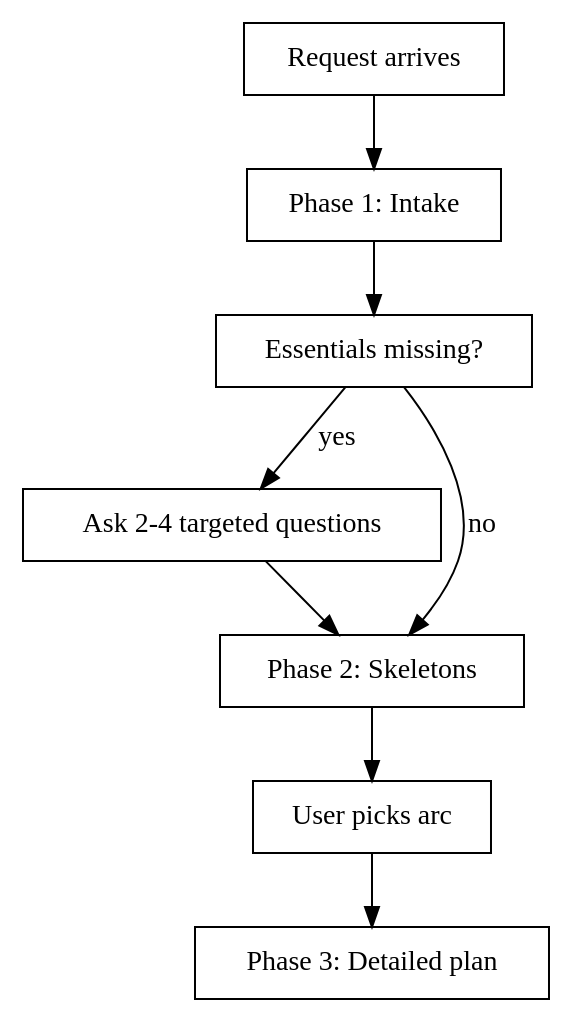
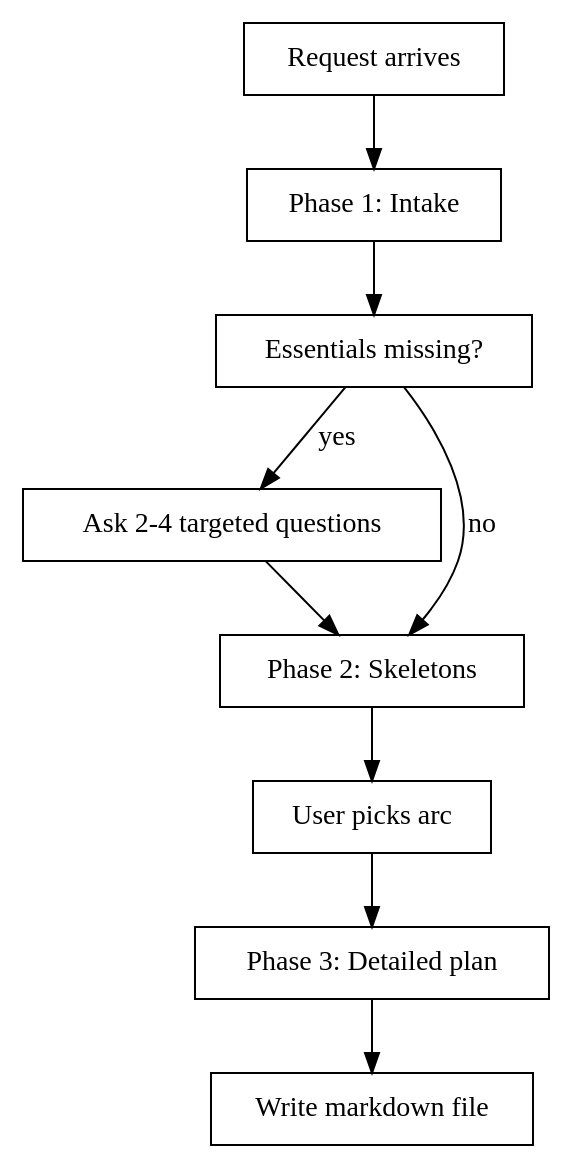
The diagram in facilitation-planning/SKILL.md (yakovlev-alexey/skills), drawn with Graphviz before and after one commit. The commit also changed other lines of this file and 4 other files, not shown here.

First line of the commit message:
Require Phase 3 facilitation plans as markdown files.

````diff
--- a/facilitation-planning/SKILL.md
+++ b/facilitation-planning/SKILL.md
@@ -16,14 +16,15 @@
 ```dot
 digraph facilitation_flow {
   rankdir=TB;
   node [shape=box];
 
   "Request arrives" -> "Phase 1: Intake";
   "Phase 1: Intake" -> "Essentials missing?" [shape=diamond];
   "Essentials missing?" -> "Ask 2-4 targeted questions" [label="yes"];
   "Essentials missing?" -> "Phase 2: Skeletons" [label="no"];
   "Ask 2-4 targeted questions" -> "Phase 2: Skeletons";
   "Phase 2: Skeletons" -> "User picks arc";
   "User picks arc" -> "Phase 3: Detailed plan";
+  "Phase 3: Detailed plan" -> "Write markdown file";
 }
 ```
````
